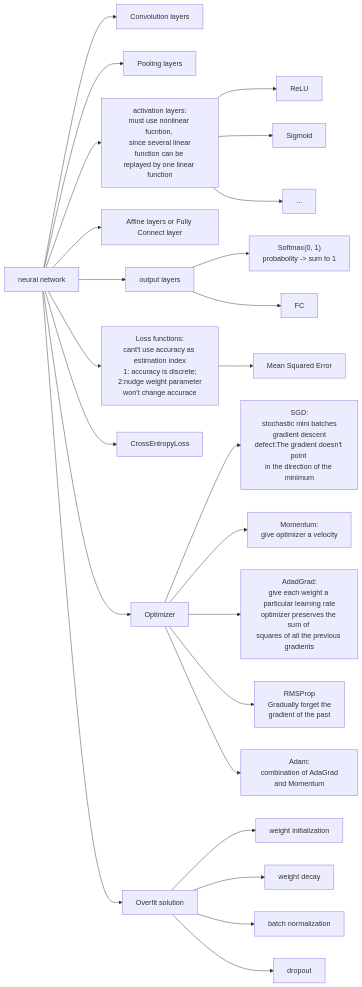
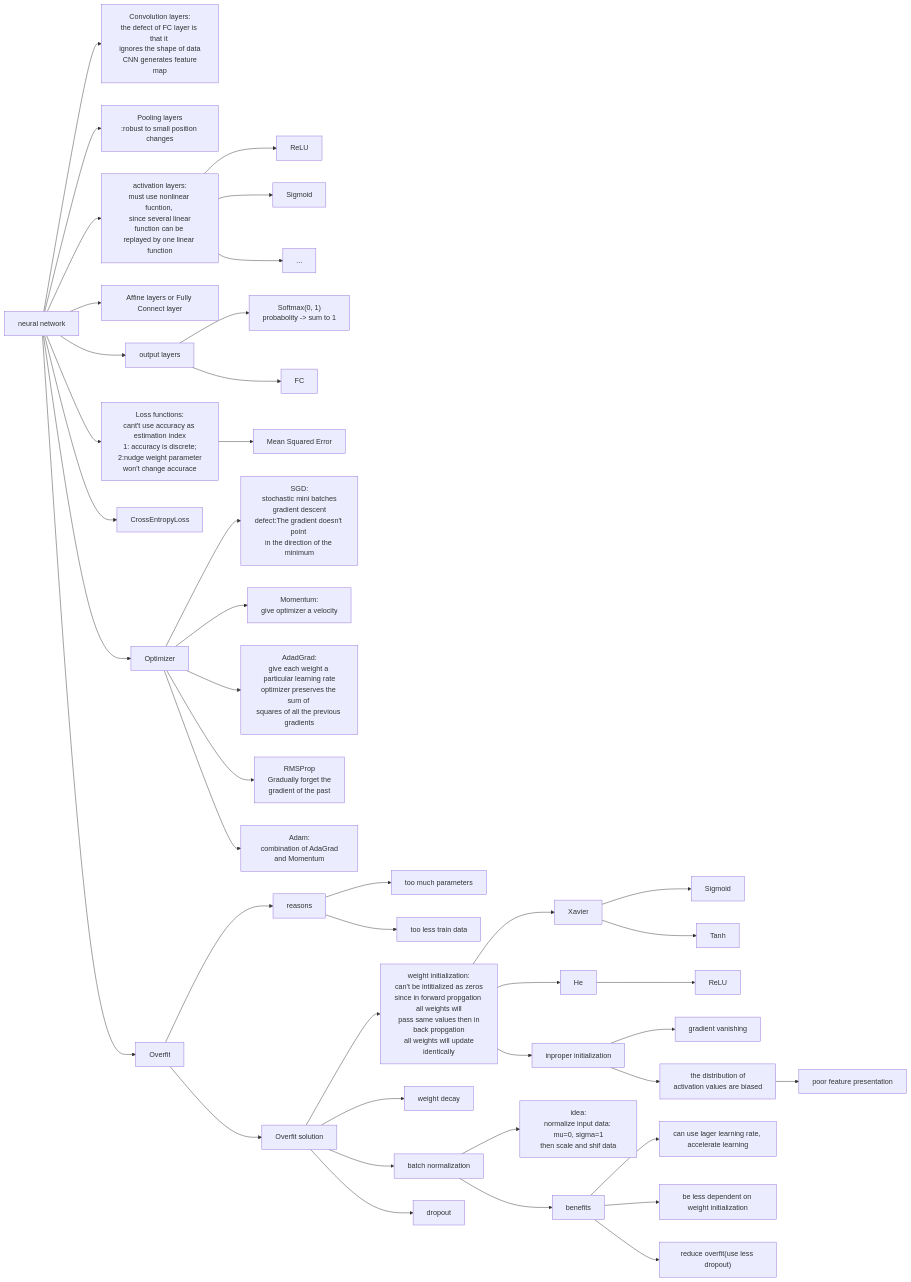
The diagram in README.md (Chenkehan21/My-deep-learning-from-scratch), drawn with Mermaid before and after one commit. The commit also changed other lines of this file, not shown here.

````diff
--- a/README.md
+++ b/README.md
@@ -54,9 +58,9 @@
 graph LR;
     C[neural network];
 
-    C-->x1[Convolution layers]
+    C-->x1["Convolution layers:<br/>the defect of FC layer is that it <br/>ignores the shape of data<br/> CNN generates feature map"]
 
-    C-->x2[Pooling layers]
+    C-->x2["Pooling layers<br/>:robust to small position changes"]
 
     C-->D[activation layers:<br/>must use nonlinear fucntion, <br> since several linear function can be <br/>replayed by one linear function];
 
@@ -93,9 +97,50 @@
     
     H-->H5["Adam:<br/> combination of AdaGrad and Momentum"];
 
-    C-->I[Overfit solution]
-    I-->I1[weight initialization]
-    I-->I2[weight decay]
-    I-->I3[batch normalization]
-    I-->I4[dropout]
+    C-->J[Overfit];
+
+    J-->J1[reasons];
+
+    J1-->J2[too much parameters];
+
+    J1-->J3[too less train data]
+
+    
+    J-->I[Overfit solution];
+    
+    I-->I1["weight initialization:<br/>can't be intitialized as zeros<br/>since in forward propgation all weights will<br/> pass same values then in back propgation<br/> all weights will update identically"];
+    
+    I1-->I5[Xavier];
+
+    I1-->I6[He];
+
+    I5-->I7[Sigmoid];
+
+    I5-->I8[Tanh];
+
+    I6-->I9[ReLU];
+
+    I1-->I10[inproper initialization];
+
+    I10-->I11[gradient vanishing];
+
+    I10-->I12[the distribution of <br/>activation values are biased];
+    
+    I12-->I13[poor feature presentation];
+
+    I-->I2[weight decay];
+    
+    I-->I3[batch normalization];
+
+    I3-->I31["idea:<br/>normalize input data: mu=0, sigma=1"<br/>then scale and shif data];
+
+    I3-->I32["benefits"];
+
+    I32-->I33[can use lager learning rate, accelerate learning];
+
+    I32-->I34[be less dependent on weight initialization];
+
+    I32-->I35["reduce overfit(use less dropout)"];
+    
+    I-->I4[dropout];
 ```
````
